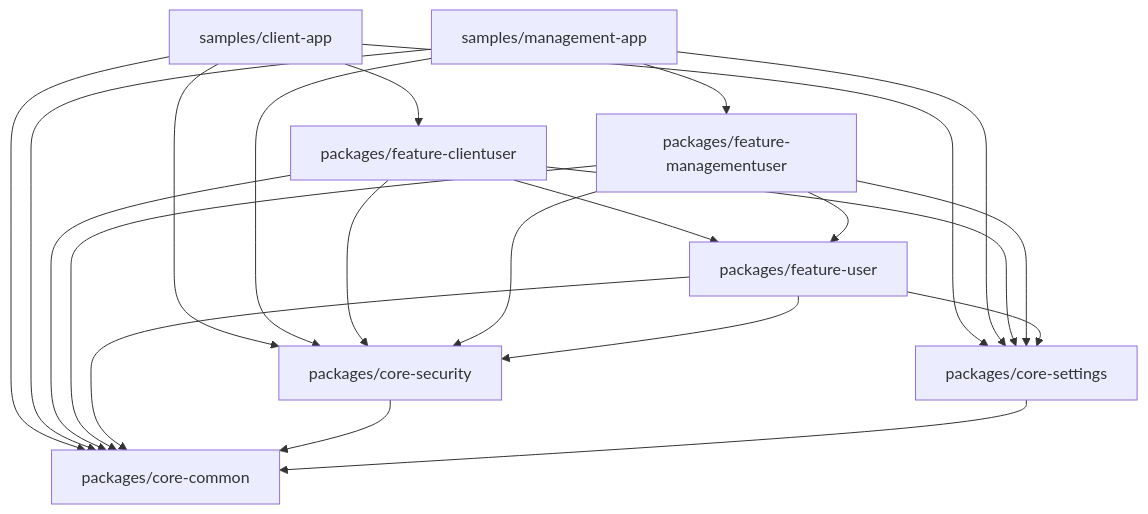
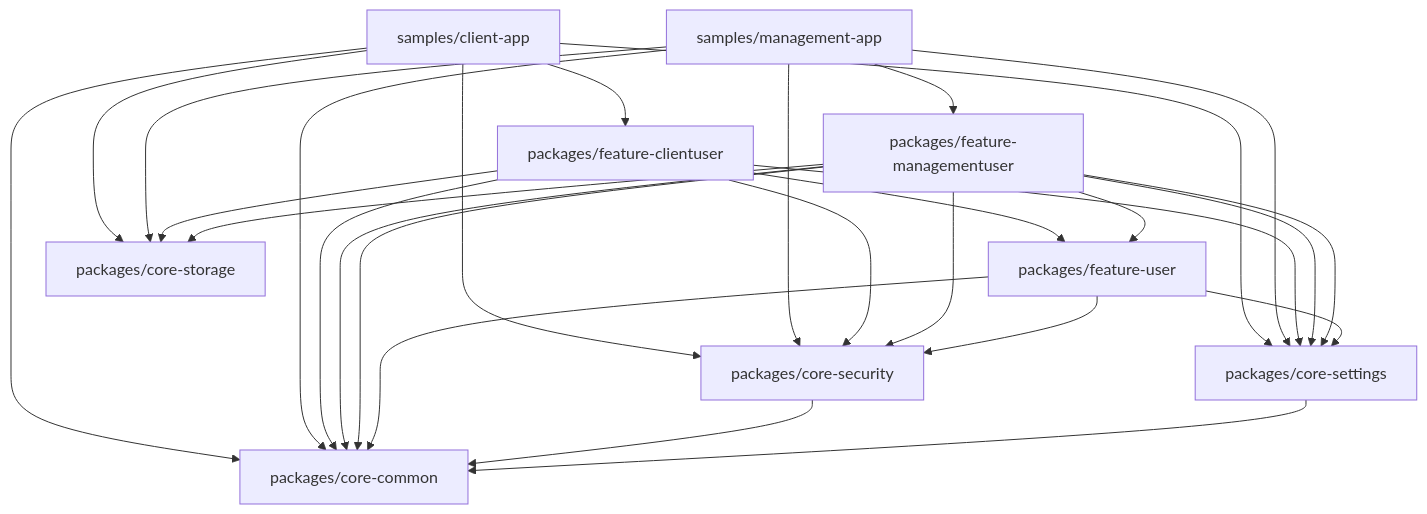
The second of 2 diagrams in ARCHITECTURE.md (mudrichenkoevgeny/web-platform-sdk), drawn with Mermaid before and after one commit. The commit also changed other lines of this file and 11 other files, not shown here.

````diff
--- a/ARCHITECTURE.md
+++ b/ARCHITECTURE.md
@@ -87,44 +93,51 @@
 ```mermaid
 graph TD
     %% Host Apps
     SampleClient["samples/client-app"]
     SampleMgmt["samples/management-app"]
 
     %% Features
     FeatureClientUser["packages/feature-clientuser"]
     FeatureMgmtUser["packages/feature-managementuser"]
     FeatureUser["packages/feature-user"]
 
     %% Core Modules
     CoreSecurity["packages/core-security"]
     CoreSettings["packages/core-settings"]
+    CoreStorage["packages/core-storage"]
     CoreCommon["packages/core-common"]
 
     %% Dependencies
     SampleClient --> FeatureClientUser
     SampleClient --> CoreSettings
     SampleClient --> CoreSecurity
+    SampleClient --> CoreStorage
     SampleClient --> CoreCommon
 
     SampleMgmt --> FeatureMgmtUser
     SampleMgmt --> CoreSettings
     SampleMgmt --> CoreSecurity
+    SampleMgmt --> CoreStorage
     SampleMgmt --> CoreCommon
 
     FeatureClientUser --> FeatureUser
     FeatureClientUser --> CoreSecurity
     FeatureClientUser --> CoreSettings
+    FeatureClientUser --> CoreStorage
     FeatureClientUser --> CoreCommon
 
     FeatureMgmtUser --> FeatureUser
     FeatureMgmtUser --> CoreSecurity
+    FeatureMgmtUser --> CoreSettings
+    FeatureMgmtUser --> CoreStorage
+    FeatureMgmtUser --> CoreCommon
     FeatureMgmtUser --> CoreSettings
     FeatureMgmtUser --> CoreCommon
 
     FeatureUser --> CoreSecurity
     FeatureUser --> CoreSettings
     FeatureUser --> CoreCommon
 
     CoreSecurity --> CoreCommon
     CoreSettings --> CoreCommon
 ```
````
